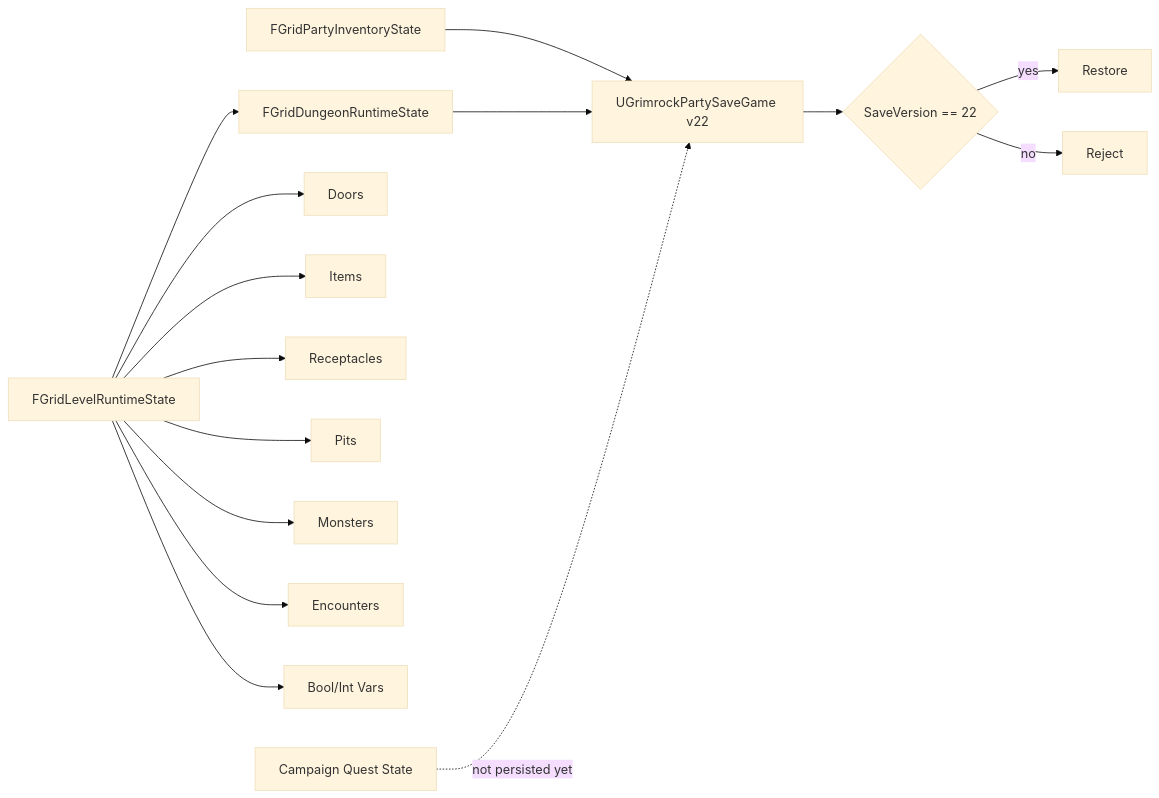
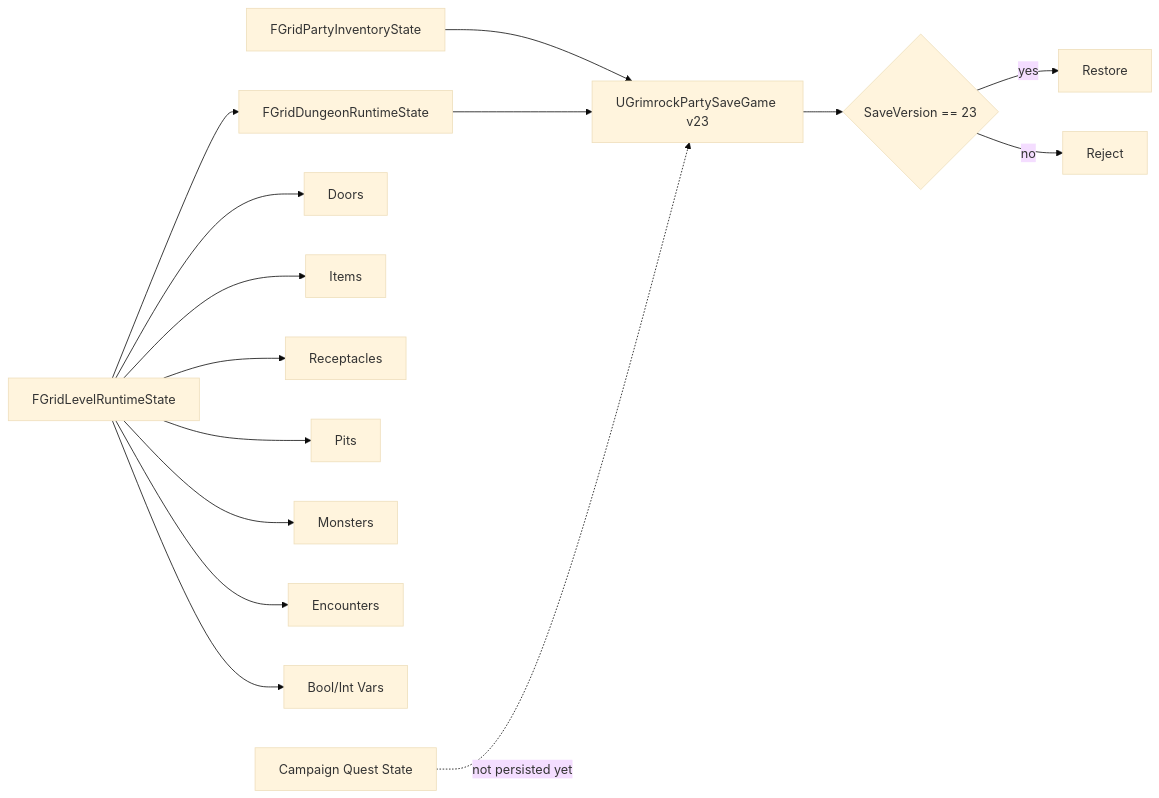
One commit to PhilippeMartin1964/GrimrockPrototype changed diagram 11 of 19 in docs/Architecture/Maps/GRIMROCK_PROJECT_MAP_MERMAID.md. Above: the diagram before and after it, drawn with Mermaid (base theme). The commit also changed 17 other files, not shown here.

````diff
--- a/docs/Architecture/Maps/GRIMROCK_PROJECT_MAP_MERMAID.md
+++ b/docs/Architecture/Maps/GRIMROCK_PROJECT_MAP_MERMAID.md
@@ -231,19 +231,19 @@
 ```mermaid
 flowchart LR
-    PARTY[FGridPartyInventoryState] --> SG[UGrimrockPartySaveGame v22]
+    PARTY[FGridPartyInventoryState] --> SG[UGrimrockPartySaveGame v23]
     DUN[FGridDungeonRuntimeState] --> SG
     LEVEL[FGridLevelRuntimeState] --> DUN
 
     LEVEL --> DOORS[Doors]
     LEVEL --> ITEMS[Items]
     LEVEL --> REC[Receptacles]
     LEVEL --> PITS[Pits]
     LEVEL --> MON[Monsters]
     LEVEL --> ENCS[Encounters]
     LEVEL --> VARS[Bool/Int Vars]
 
-    SG --> CHECK{SaveVersion == 22}
+    SG --> CHECK{SaveVersion == 23}
     CHECK -- yes --> LOAD[Restore]
     CHECK -- no --> REJECT[Reject]
     QUEST[Campaign Quest State] -. not persisted yet .-> SG
 ```
````
